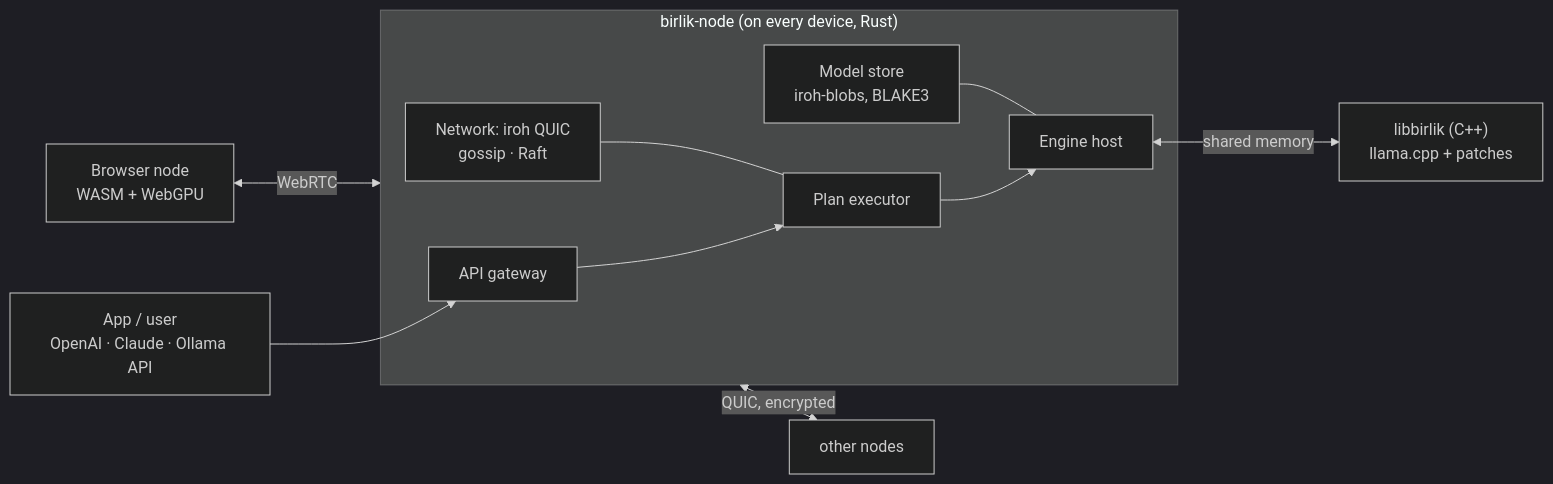
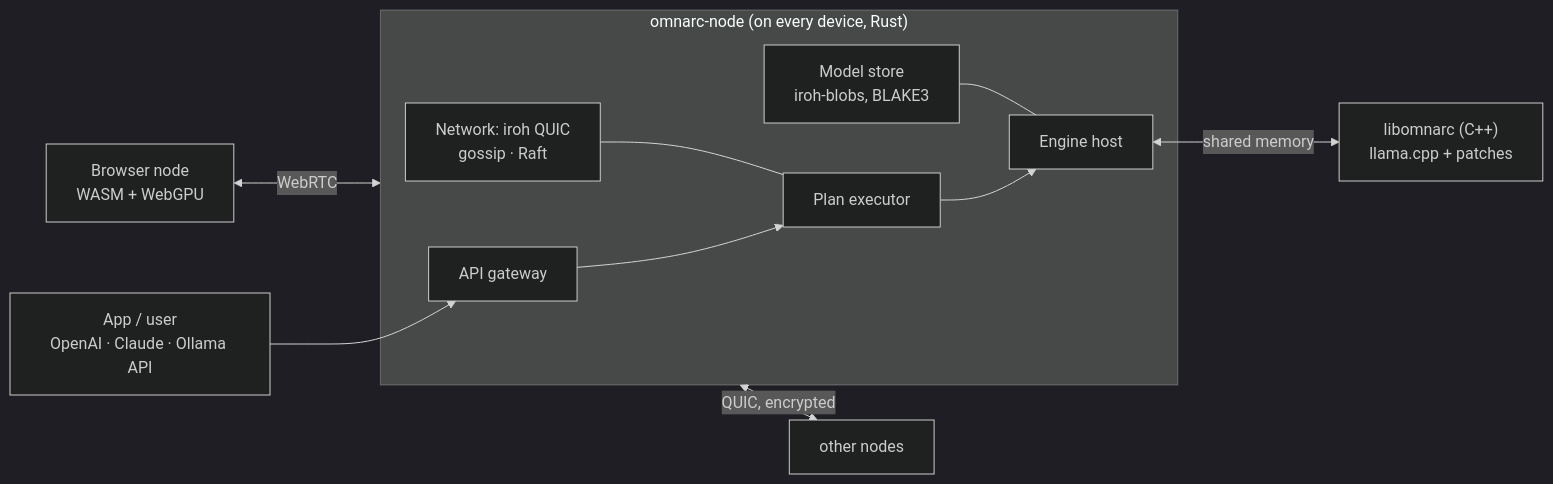
One commit to HumoyunDavronov2001/birlik changed the diagram in README.md. Above: the diagram before and after it, drawn with Mermaid (dark theme). The commit also changed other lines of this file and 96 other files, not shown here.

````diff
--- a/README.md
+++ b/README.md
@@ -53,13 +53,13 @@
 ```mermaid
 flowchart LR
   U["App / user<br/>OpenAI · Claude · Ollama API"] --> G
-  subgraph N["birlik-node (on every device, Rust)"]
+  subgraph N["omnarc-node (on every device, Rust)"]
     G["API gateway"] --> P["Plan executor"]
     P --> E["Engine host"]
     T["Network: iroh QUIC<br/>gossip · Raft"] --- P
     S["Model store<br/>iroh-blobs, BLAKE3"] --- E
   end
-  E <-->|"shared memory"| L["libbirlik (C++)<br/>llama.cpp + patches"]
+  E <-->|"shared memory"| L["libomnarc (C++)<br/>llama.cpp + patches"]
   N <-->|"QUIC, encrypted"| N2["other nodes"]
   B["Browser node<br/>WASM + WebGPU"] <-->|"WebRTC"| N
 ```
````
